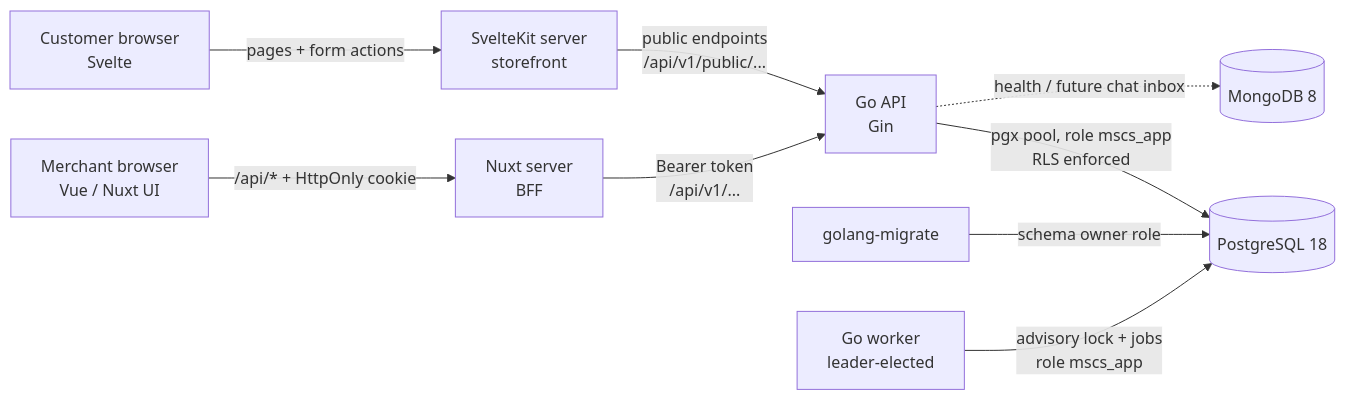
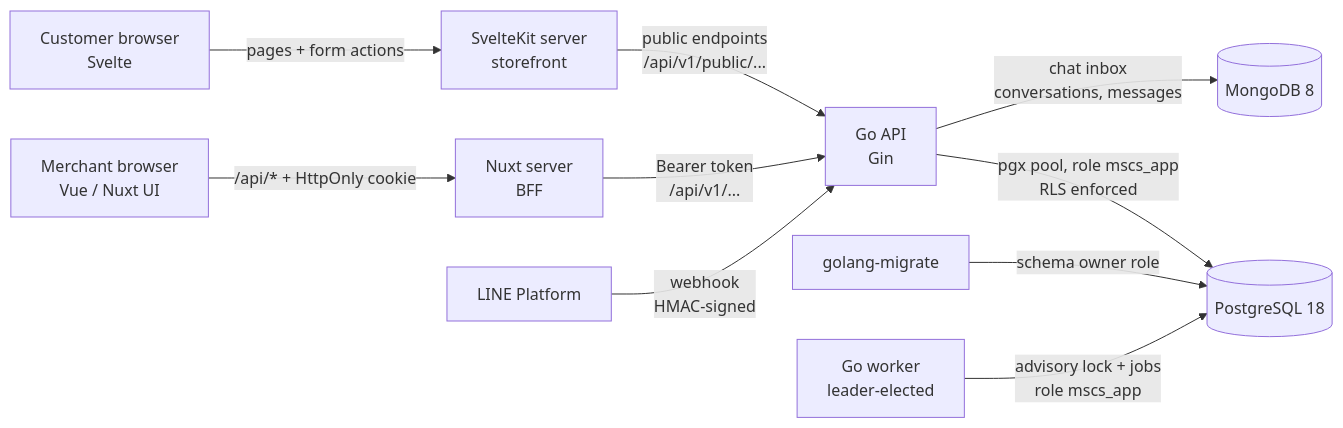
The diagram in README.md (AriyaChakot/Minis-social-commerce-SaaS), drawn with Mermaid before and after one commit. The commit also changed other lines of this file and 27 other files, not shown here.

Commit message:
feat: add line chat inbox with signed webhooks, mongodb storage and order-from-chat

````diff
--- a/README.md
+++ b/README.md
@@ -43,11 +47,12 @@
 ```mermaid
 flowchart LR
     B[Merchant browser<br/>Vue / Nuxt UI] -- "/api/* + HttpOnly cookie" --> N[Nuxt server<br/>BFF]
     C[Customer browser<br/>Svelte] -- "pages + form actions" --> S[SvelteKit server<br/>storefront]
     N -- "Bearer token<br/>/api/v1/..." --> G[Go API<br/>Gin]
     S -- "public endpoints<br/>/api/v1/public/..." --> G
     G -- "pgx pool, role mscs_app<br/>RLS enforced" --> P[(PostgreSQL 18)]
-    G -. "health / future chat inbox" .-> M[(MongoDB 8)]
+    G -- "chat inbox<br/>conversations, messages" --> M[(MongoDB 8)]
+    L[LINE Platform] -- "webhook<br/>HMAC-signed" --> G
     MG[golang-migrate] -- "schema owner role" --> P
     W[Go worker<br/>leader-elected] -- "advisory lock + jobs<br/>role mscs_app" --> P
 ```
````
